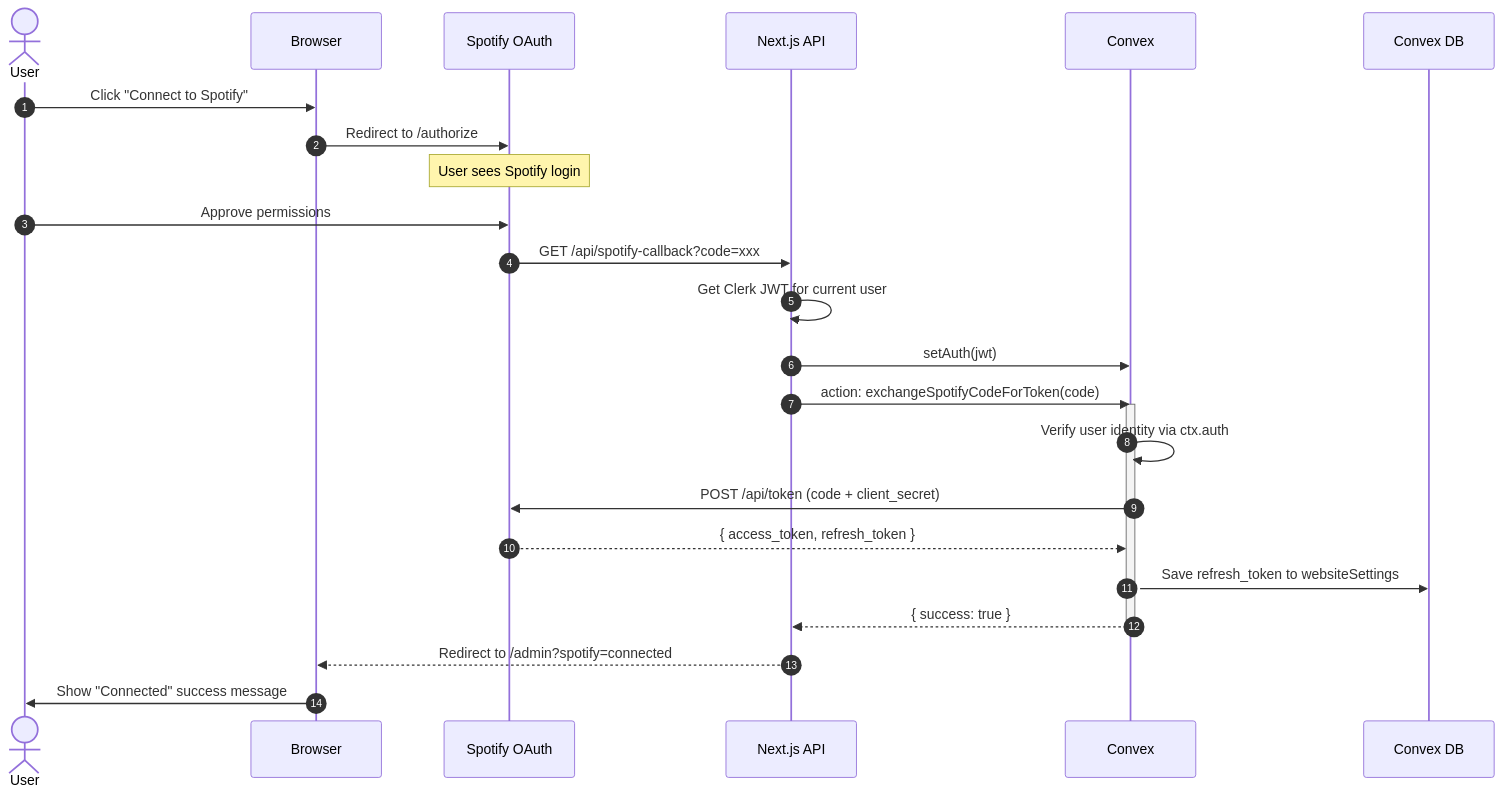
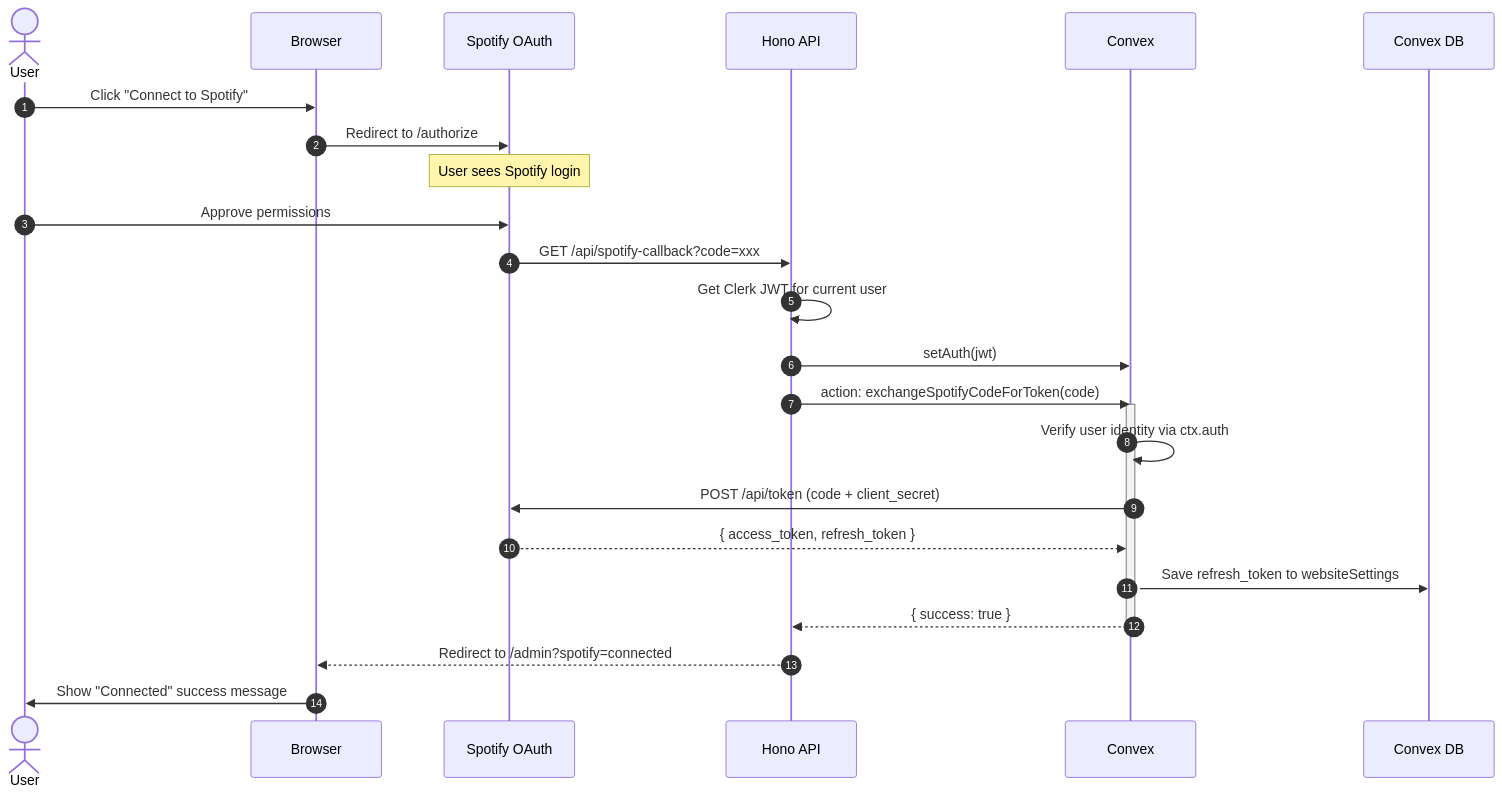
One commit to CarlosBueno99/bueno changed the eighth of 25 diagrams in README.md. Above: the diagram before and after it, drawn with Mermaid. The commit also changed other lines of this file and 31 other files, not shown here.

````diff
--- a/README.md
+++ b/README.md
@@ -460,32 +500,32 @@
 ```mermaid
 sequenceDiagram
     autonumber
     actor User
     participant Browser
     participant Spotify as Spotify OAuth
-    participant NextJS as Next.js API
+    participant Hono as Hono API
     participant Convex
     participant DB as Convex DB
 
     User->>Browser: Click "Connect to Spotify"
     Browser->>Spotify: Redirect to /authorize
     Note over Spotify: User sees Spotify login
 
     User->>Spotify: Approve permissions
-    Spotify->>NextJS: GET /api/spotify-callback?code=xxx
+    Spotify->>Hono: GET /api/spotify-callback?code=xxx
 
-    NextJS->>NextJS: Get Clerk JWT for current user
-    NextJS->>Convex: setAuth(jwt)
-    NextJS->>Convex: action: exchangeSpotifyCodeForToken(code)
+    Hono->>Hono: Get Clerk JWT for current user
+    Hono->>Convex: setAuth(jwt)
+    Hono->>Convex: action: exchangeSpotifyCodeForToken(code)
 
     activate Convex
     Convex->>Convex: Verify user identity via ctx.auth
     Convex->>Spotify: POST /api/token (code + client_secret)
     Spotify-->>Convex: { access_token, refresh_token }
     Convex->>DB: Save refresh_token to websiteSettings
-    Convex-->>NextJS: { success: true }
+    Convex-->>Hono: { success: true }
     deactivate Convex
 
-    NextJS-->>Browser: Redirect to /admin?spotify=connected
+    Hono-->>Browser: Redirect to /admin?spotify=connected
     Browser->>User: Show "Connected" success message
 ```
````
